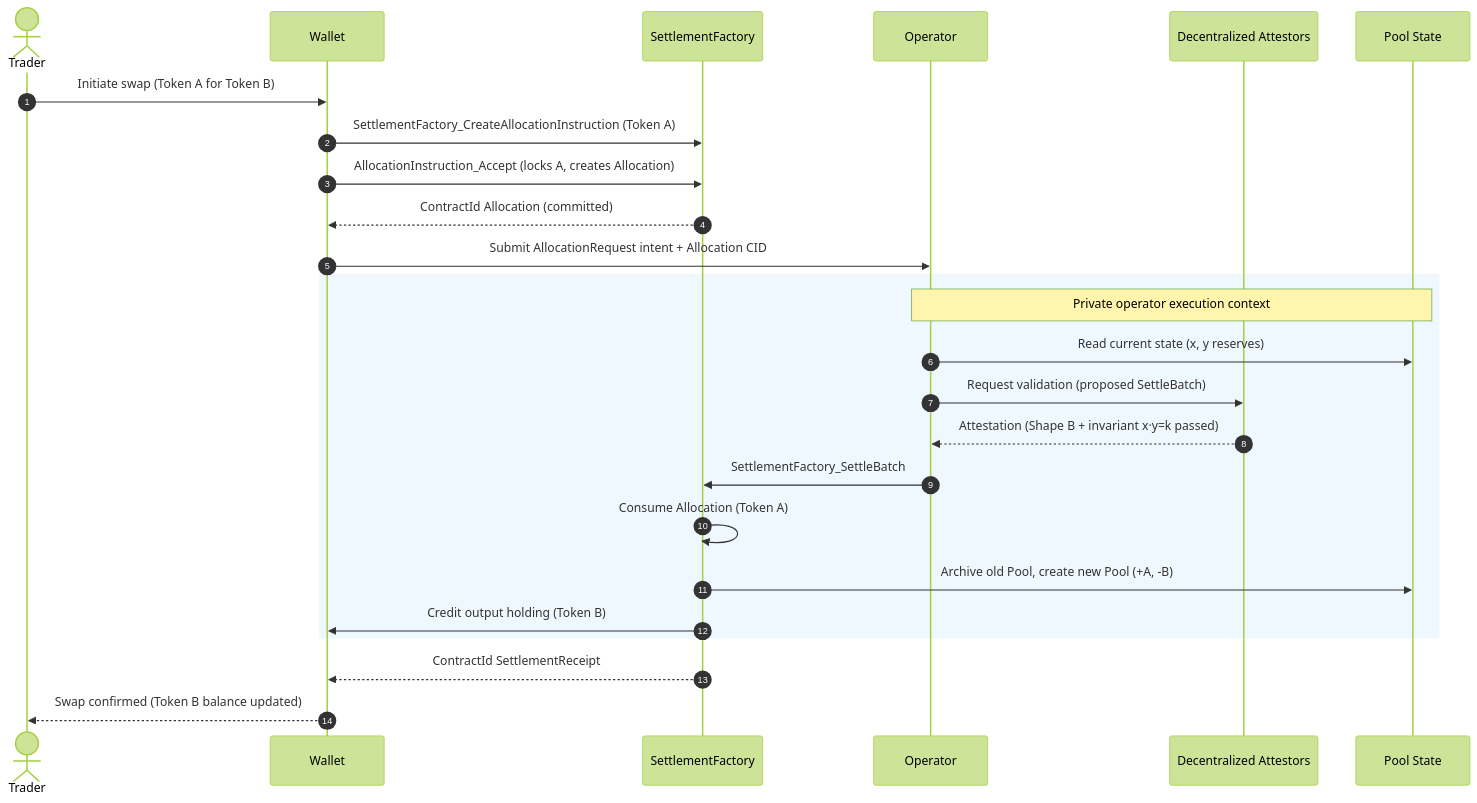
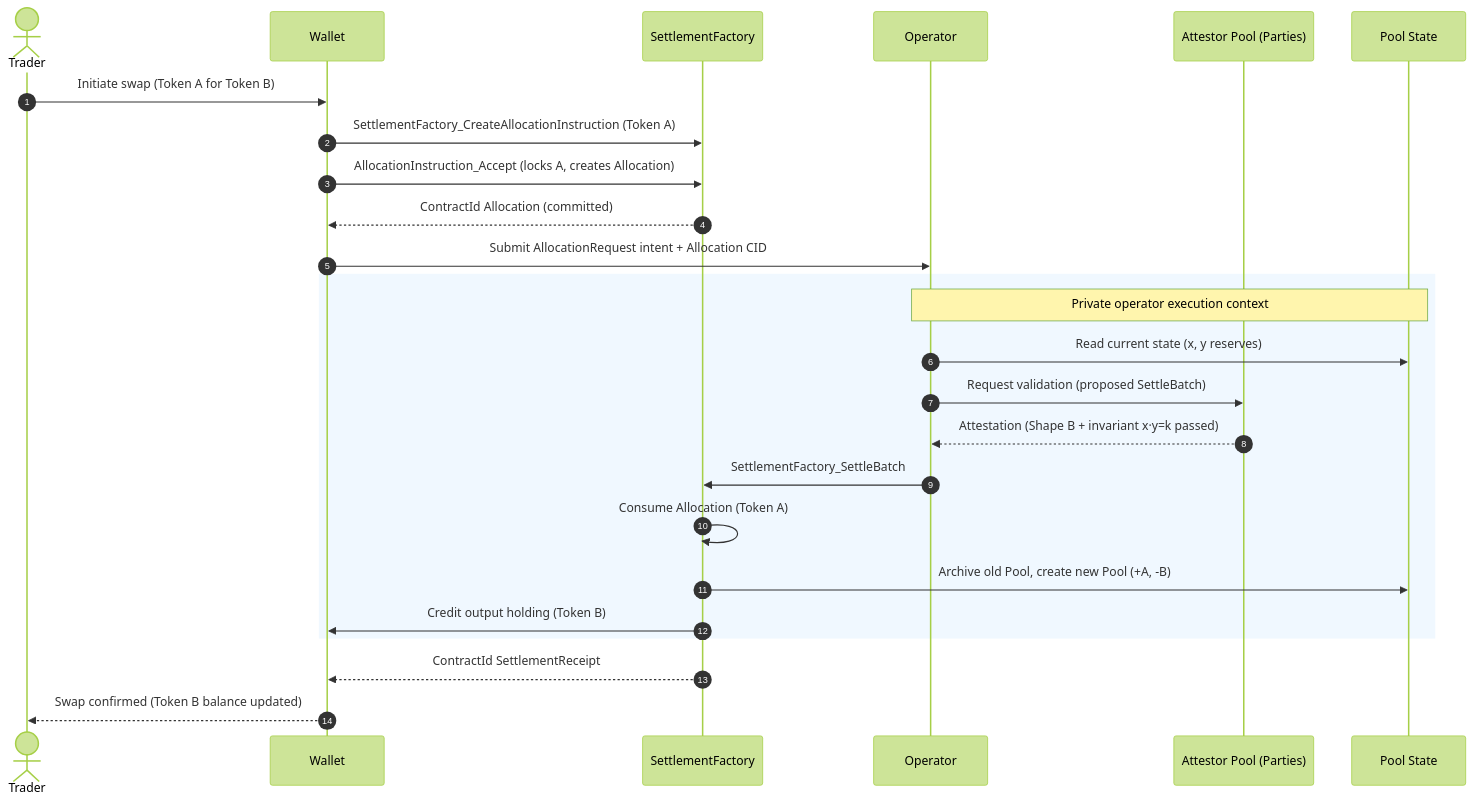
The second of 2 diagrams in docs/ri-reports/01-dex.md (OpenZeppelin/canton-specs), drawn with Mermaid (forest theme) before and after one commit. The commit also changed other lines of this file and 4 other files, not shown here.

````diff
--- a/docs/ri-reports/01-dex.md
+++ b/docs/ri-reports/01-dex.md
@@ -979,30 +704,30 @@
 ```mermaid
 sequenceDiagram
     autonumber
     actor Trader
     participant Wallet
     participant SettleFactory as SettlementFactory
     participant Operator
-    participant Attestors as Decentralized Attestors
+    participant Attestors as Attestor Pool (Parties)
     participant PoolContract as Pool State
 
     Trader->>Wallet: Initiate swap (Token A for Token B)
     Wallet->>SettleFactory: SettlementFactory_CreateAllocationInstruction (Token A)
     Wallet->>SettleFactory: AllocationInstruction_Accept (locks A, creates Allocation)
     SettleFactory-->>Wallet: ContractId Allocation (committed)
     Wallet->>Operator: Submit AllocationRequest intent + Allocation CID
 
     rect rgb(240, 248, 255)
     Note over Operator, PoolContract: Private operator execution context
     Operator->>PoolContract: Read current state (x, y reserves)
     Operator->>Attestors: Request validation (proposed SettleBatch)
     Attestors-->>Operator: Attestation (Shape B + invariant x·y=k passed)
     Operator->>SettleFactory: SettlementFactory_SettleBatch
     SettleFactory->>SettleFactory: Consume Allocation (Token A)
     SettleFactory->>PoolContract: Archive old Pool, create new Pool (+A, -B)
     SettleFactory->>Wallet: Credit output holding (Token B)
     end
 
     SettleFactory-->>Wallet: ContractId SettlementReceipt
     Wallet-->>Trader: Swap confirmed (Token B balance updated)
 ```
````
